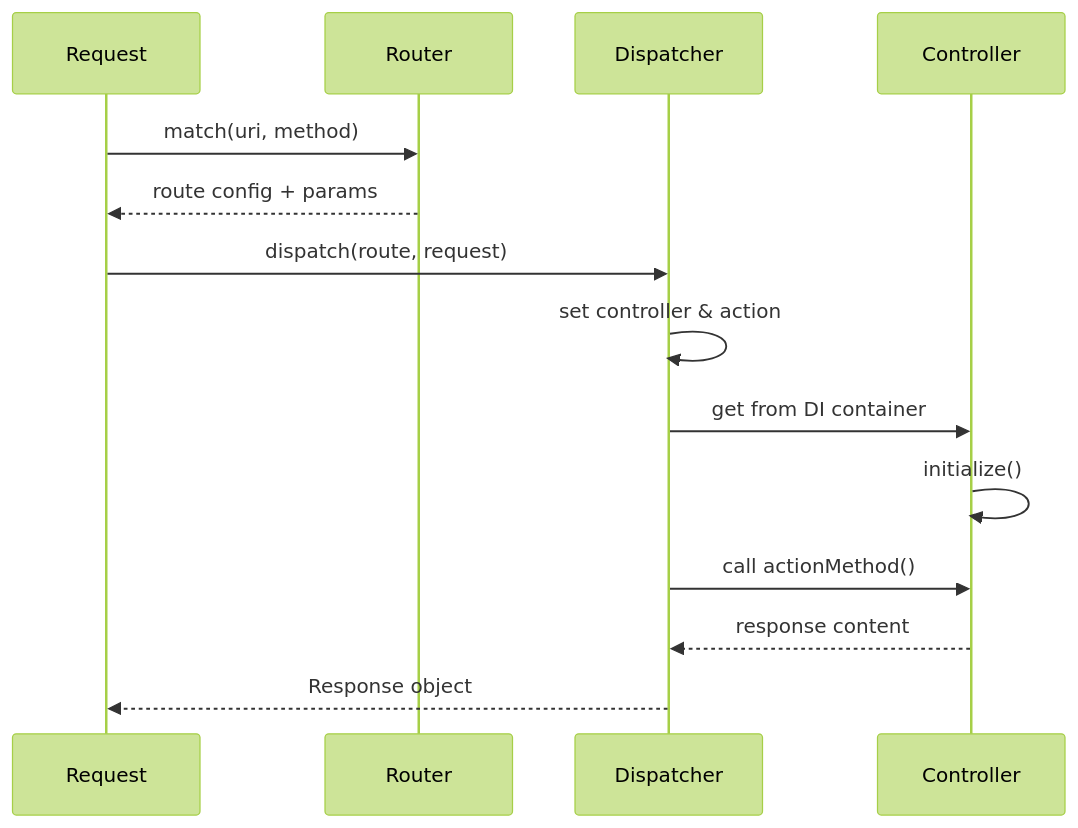
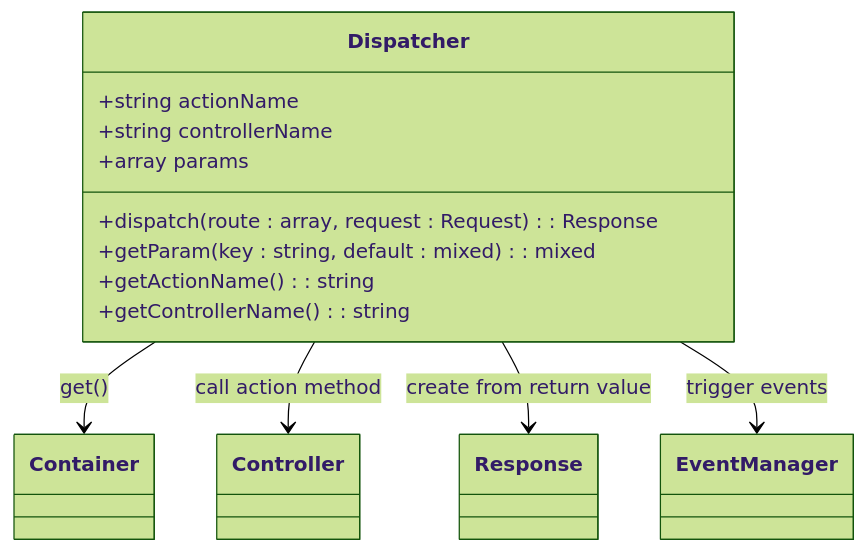
The sixth of 7 diagrams in .qoder/repowiki/en/content/Routing.md (andrfilipenk/new), drawn with Mermaid (forest theme) before and after one commit. The commit also changed other lines of this file and 41 other files, not shown here.

````diff
--- a/.qoder/repowiki/en/content/Routing.md
+++ b/.qoder/repowiki/en/content/Routing.md
@@ -175,16 +171,16 @@
 ```mermaid
-sequenceDiagram
-participant Request
-participant Router
-participant Dispatcher
-participant Controller
-Request->>Router : match(uri, method)
-Router-->>Request : route config + params
-Request->>Dispatcher : dispatch(route, request)
-Dispatcher->>Dispatcher : set controller & action
-Dispatcher->>Controller : get from DI container
-Controller->>Controller : initialize()
-Dispatcher->>Controller : call actionMethod()
-Controller-->>Dispatcher : response content
-Dispatcher-->>Request : Response object
+classDiagram
+class Dispatcher {
++string actionName
++string controllerName
++array params
++dispatch(route : array, request : Request) : Response
++getParam(key : string, default : mixed) : mixed
++getActionName() : string
++getControllerName() : string
+}
+Dispatcher --> Container : get()
+Dispatcher --> Controller : call action method
+Dispatcher --> Response : create from return value
+Dispatcher --> EventManager : trigger events
 ```
````
